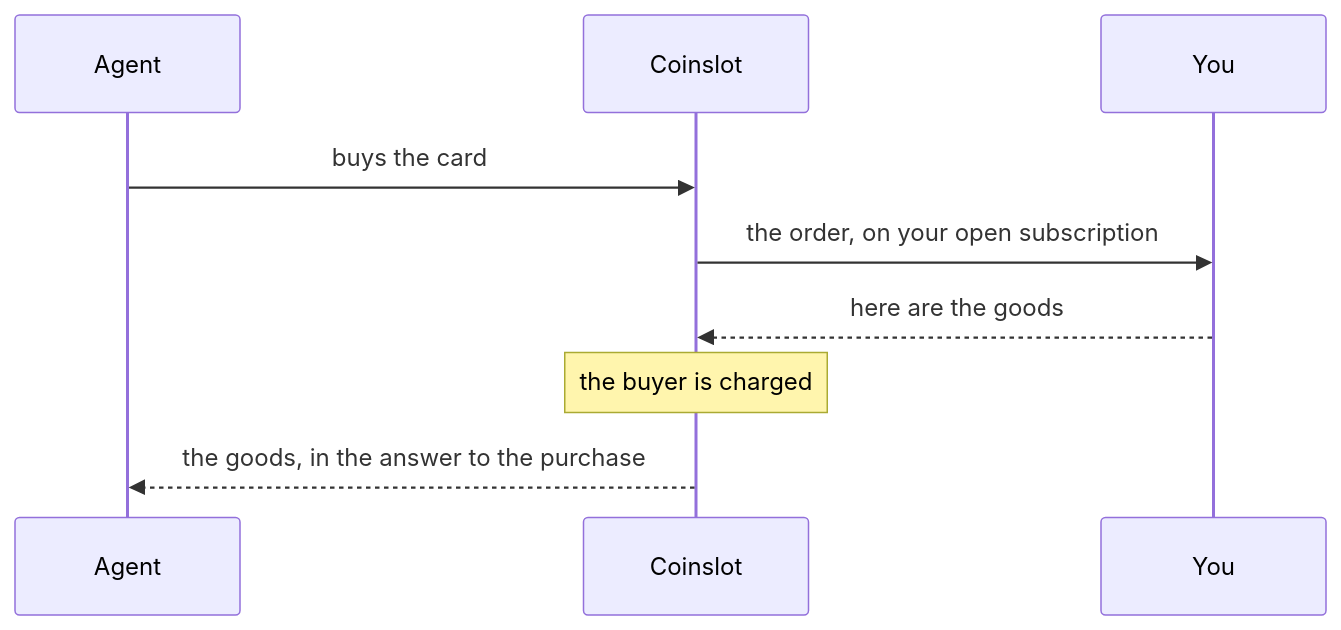
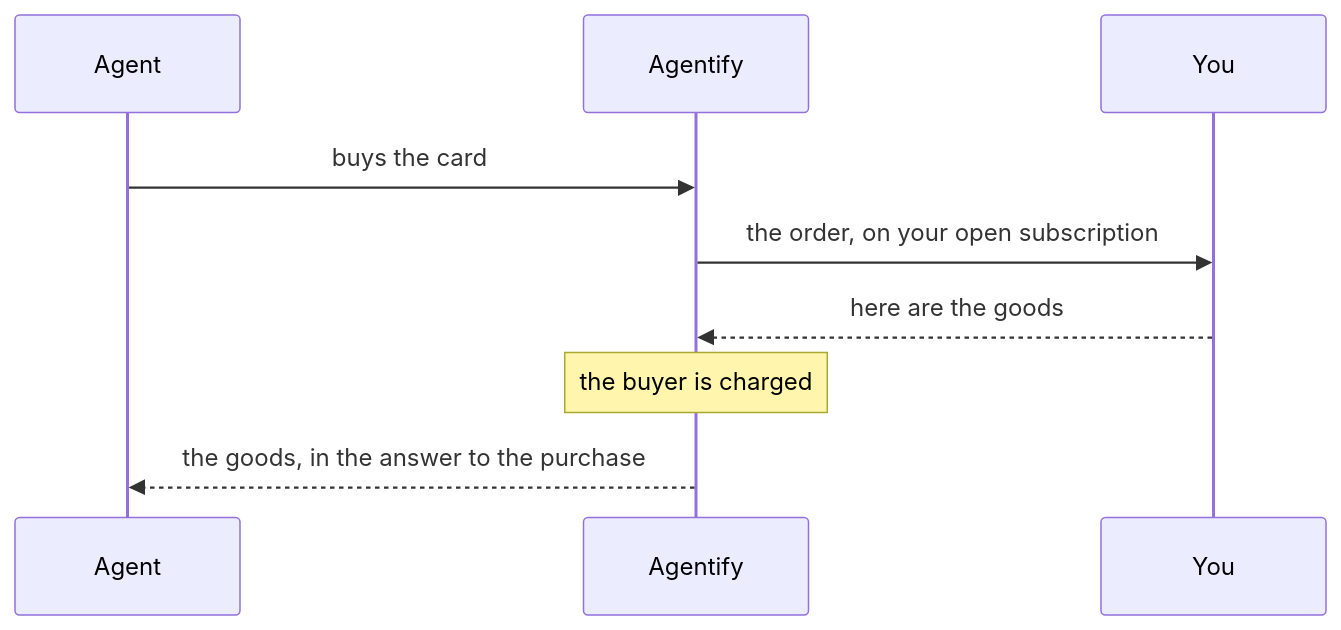
One commit to nuanu-ai/agentify changed the first of 3 diagrams in apps/docs/orders.md. Above: the diagram before and after it, drawn with Mermaid. The commit also changed other lines of this file and 39 other files, not shown here.

````diff
--- a/apps/docs/orders.md
+++ b/apps/docs/orders.md
@@ -52,11 +52,11 @@
 ```mermaid
 sequenceDiagram
     participant A as Agent
-    participant C as Coinslot
+    participant C as Agentify
     participant Y as You
     A->>C: buys the card
     C->>Y: the order, on your open subscription
     Y-->>C: here are the goods
     Note over C: the buyer is charged
     C-->>A: the goods, in the answer to the purchase
 ```
````
